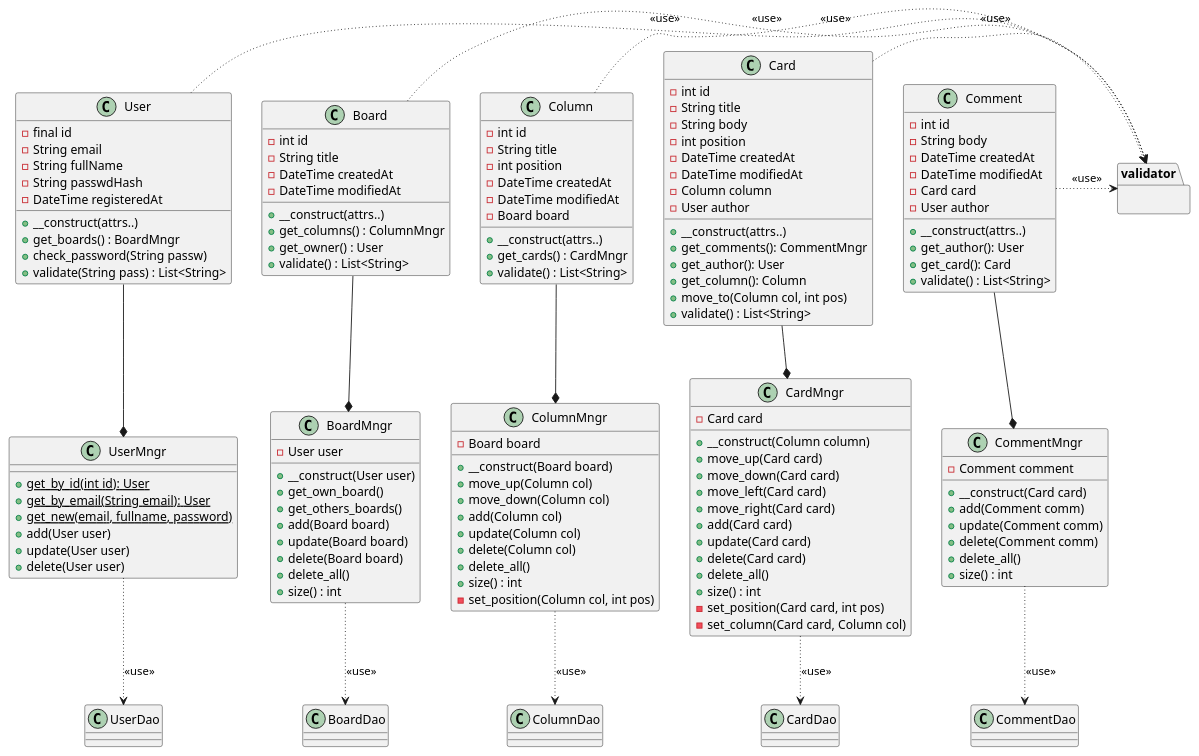
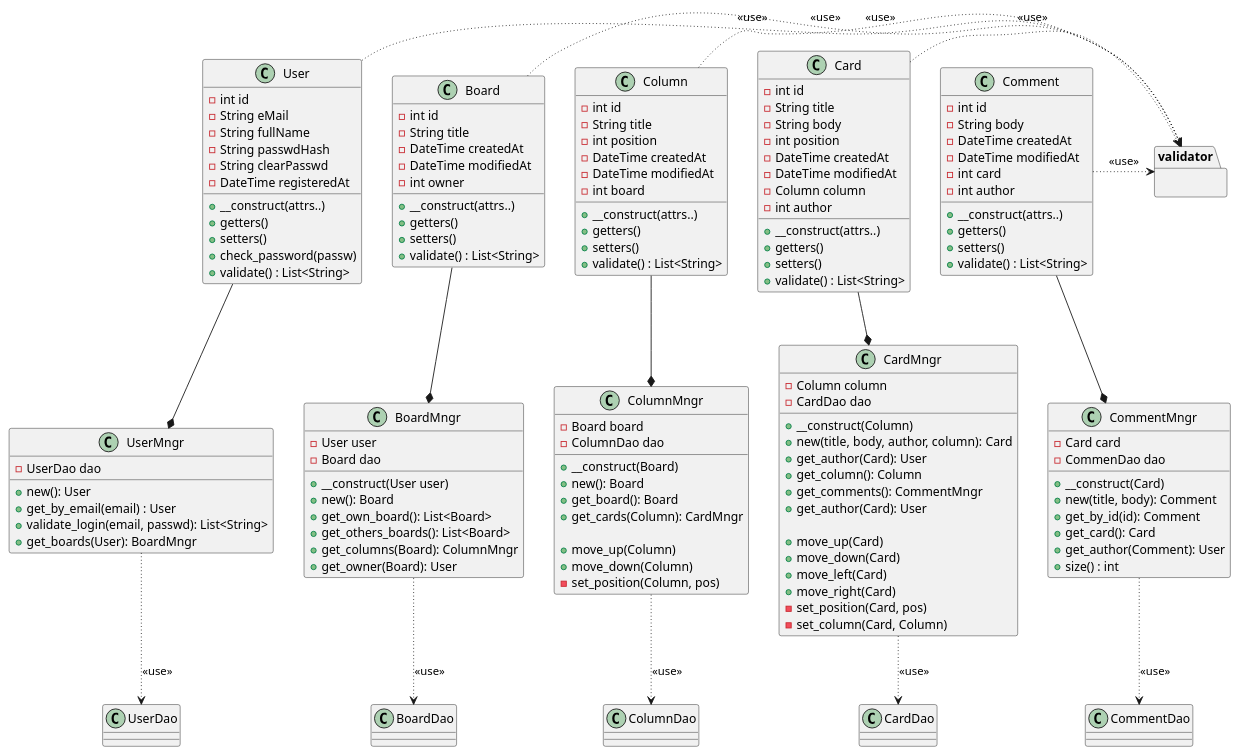
Before and after one commit to etic4/mini-trello-php: the second of 4 diagrams in analyse/Diagrammes-V2.md, drawn with PlantUML. The commit also changed other lines of this file and 2 other files, not shown here.

Commit message:
Màj analyse V2

```diff
--- a/analyse/Diagrammes-V2.md
+++ b/analyse/Diagrammes-V2.md
@@ -97,16 +110,18 @@
 'note top of User : "Il faut passer le passwd\nen clair à validate()"
 
 class User {
-    - final id
-    - String email
+    - int id
+    - String eMail
     - String fullName
     - String passwdHash
+    - String clearPasswd
     - DateTime registeredAt
     
     + __construct(attrs..)
-    + get_boards() : BoardMngr
-    + check_password(String passw)
-    + validate(String pass) : List<String>
+    + getters()
+    + setters()
+    + check_password(passw)
+    + validate() : List<String>
 }
 
 class Board {
@@ -114,10 +129,11 @@
     - String title
     - DateTime createdAt
     - DateTime modifiedAt
+    - int owner
     
     + __construct(attrs..)
-    + get_columns() : ColumnMngr
-    + get_owner() : User
+    + getters()
+    + setters()
     + validate() : List<String>
 }
 
@@ -127,9 +143,11 @@
     - int position
     - DateTime createdAt
     - DateTime modifiedAt
-    - Board board
+    - int board
+
     + __construct(attrs..)
-    + get_cards() : CardMngr
+    + getters()
+    + setters()
     + validate() : List<String>
 }
 
@@ -141,13 +159,11 @@
     - DateTime createdAt
     - DateTime modifiedAt
     - Column column
-    - User author
+    - int author
     
     + __construct(attrs..)
-    + get_comments(): CommentMngr
-    + get_author(): User
-    + get_column(): Column
-    + move_to(Column col, int pos)
+    + getters()
+    + setters()
     + validate() : List<String>
 }
 
@@ -156,72 +172,77 @@
     - String body
     - DateTime createdAt
     - DateTime modifiedAt
-    - Card card
-    - User author
+    - int card
+    - int author
 
     + __construct(attrs..)
-    + get_author(): User
-    + get_card(): Card
+    + getters()
+    + setters()
     + validate() : List<String>
 }
 
 class UserMngr {
-    + {static} get_by_id(int id): User
-    + {static} get_by_email(String email): User
-    + {static} get_new(email, fullname, password)
-    + add(User user)
-    + update(User user)
-    + delete(User user)
+    - UserDao dao
+    + new(): User
+    + get_by_email(email) : User
+    + validate_login(email, passwd): List<String>
+    + get_boards(User): BoardMngr
 }
 
 class BoardMngr {
     - User user
+    - Board dao
+
     + __construct(User user)
-    + get_own_board()
-    + get_others_boards()
-    + add(Board board)
-    + update(Board board)
-    + delete(Board board)
-    + delete_all()
-    + size() : int
+    + new(): Board
+    + get_own_board(): List<Board>
+    + get_others_boards(): List<Board>
+    + get_columns(Board): ColumnMngr
+    + get_owner(Board): User
 }
 
 class ColumnMngr {
     - Board board
-    + __construct(Board board)
-    + move_up(Column col)
-    + move_down(Column col)
-    + add(Column col)
-    + update(Column col)
-    + delete(Column col)
-    + delete_all()
-    + size() : int
-    - set_position(Column col, int pos)
+    - ColumnDao dao
+
+    + __construct(Board)
+    + new(): Board
+    + get_board(): Board
+    + get_cards(Column): CardMngr
+
+    + move_up(Column)
+    + move_down(Column)
+    - set_position(Column, pos)
 }
 
 class CardMngr {
-    - Card card
-    + __construct(Column column)
-    + move_up(Card card)
-    + move_down(Card card)
-    + move_left(Card card)
-    + move_right(Card card)
-    + add(Card card)
-    + update(Card card)
-    + delete(Card card)
-    + delete_all()
-    + size() : int
-    - set_position(Card card, int pos)
-    - set_column(Card card, Column col)
+    - Column column
+    - CardDao dao
+
+    + __construct(Column)
+    + new(title, body, author, column): Card
+    + get_author(Card): User
+    + get_column(): Column
+    + get_comments(): CommentMngr
+    + get_author(Card): User
+
+    + move_up(Card)
+    + move_down(Card)
+    + move_left(Card)
+    + move_right(Card)
+    - set_position(Card, pos)
+    - set_column(Card, Column)
 }
 
 class CommentMngr {
-    - Comment comment
-    + __construct(Card card)
-    + add(Comment comm)
-    + update(Comment comm)
-    + delete(Comment comm)
-    + delete_all()
+    - Card card
+    - CommenDao dao
+
+    + __construct(Card)
+    + new(title, body): Comment
+    + get_by_id(id): Comment
+    + get_card(): Card
+    + get_author(Comment): User
     + size() : int
 }
 
```
